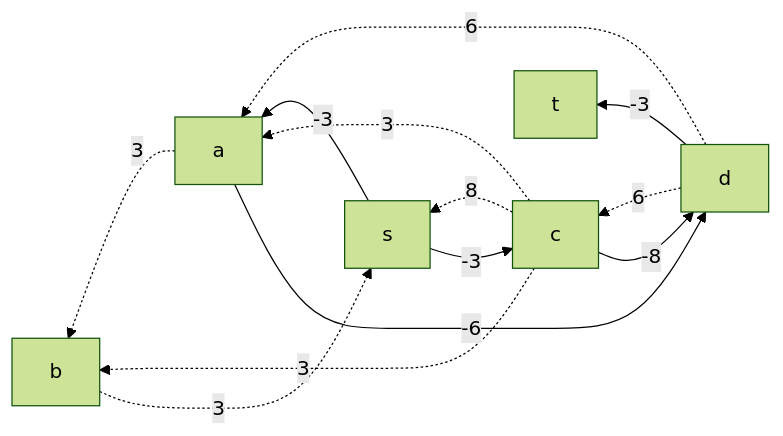
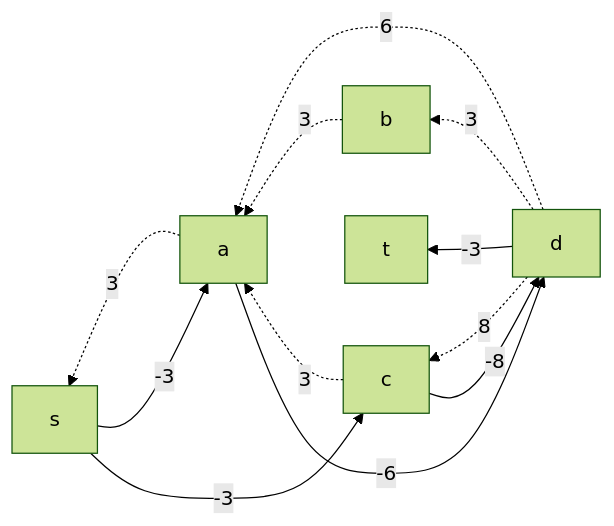
One commit to hse-algo-24-crow/manual-tasks-crow changed the fifth of 8 diagrams in task-10/python-gang.md. Above: the diagram before and after it, drawn with Mermaid (forest theme). The commit also changed other lines of this file, not shown here.

````diff
--- a/task-10/python-gang.md
+++ b/task-10/python-gang.md
@@ -89,10 +105,14 @@
 ```mermaid
 graph RL
-    d-.->|6|c-.->|8|s
-    d-.->|6|a-.->|3|b-.->|3|s
-    s-->|-3|a-->|-6|d-->|-3|t
+    d-.->|8|c
+    d-.->|3|b
+    d-.->|6|a
+    b-.->|3|a
     c-.->|3|a
-    c-.->|3|b
+    a-.->|3|s
+    s-->|-3|a
+    a-->|-6|d
+    s-->|-3|c
     c-->|-8|d
-    s-->|-3|c
+    d-->|-3|t
 ```
````
